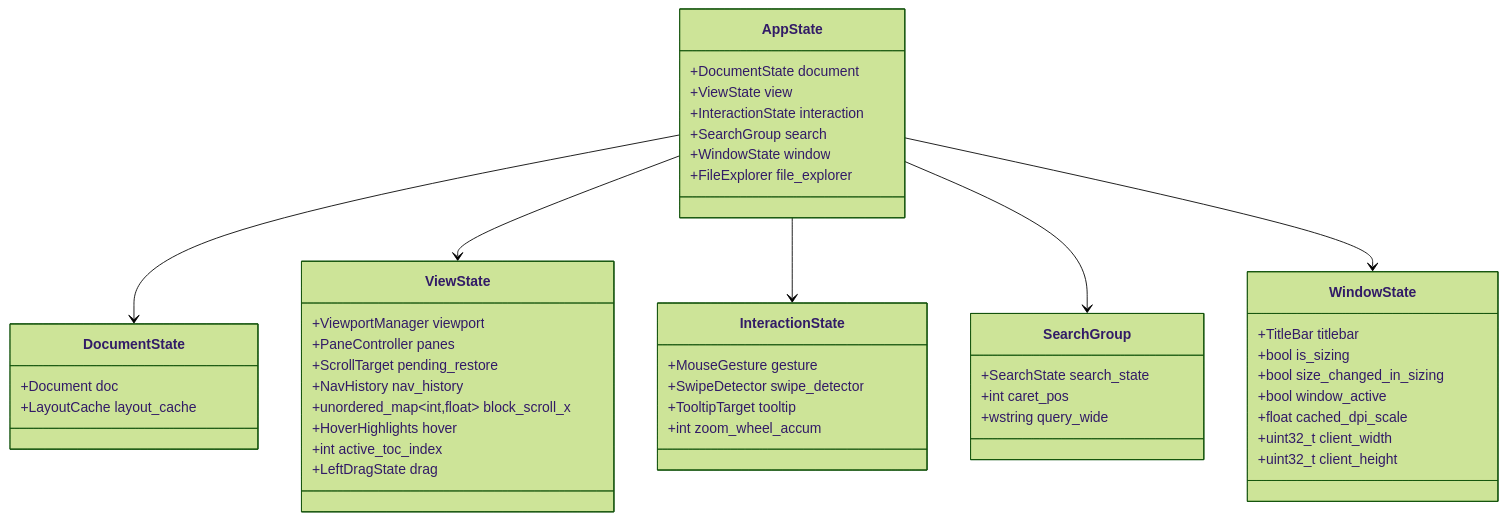
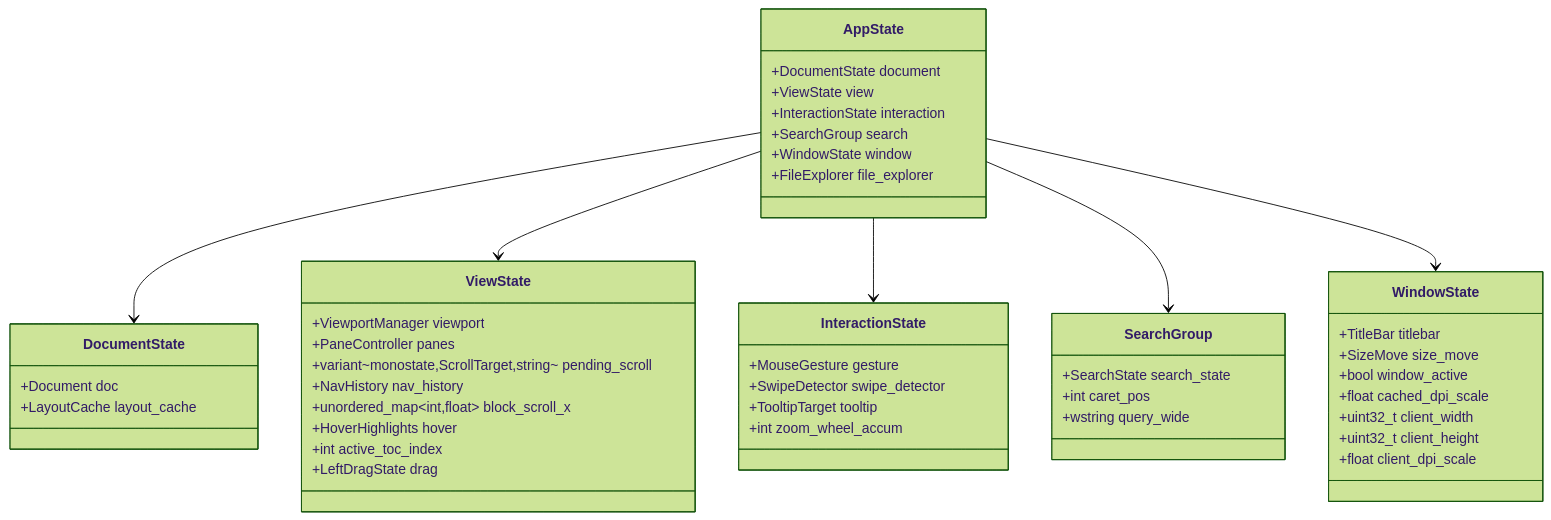
One commit to tanaton/mendo changed the fourth of 58 diagrams in example/test.md. Above: the diagram before and after it, drawn with Mermaid (forest theme). The commit also changed other lines of this file and 91 other files, not shown here.

````diff
--- a/example/test.md
+++ b/example/test.md
@@ -568,56 +602,56 @@
 ```mermaid
 classDiagram
     class AppState {
         +DocumentState document
         +ViewState view
         +InteractionState interaction
         +SearchGroup search
         +WindowState window
         +FileExplorer file_explorer
     }
 
     class DocumentState {
         +Document doc
         +LayoutCache layout_cache
     }
 
     class ViewState {
         +ViewportManager viewport
         +PaneController panes
-        +ScrollTarget pending_restore
+        +variant~monostate,ScrollTarget,string~ pending_scroll
         +NavHistory nav_history
         +unordered_map~int,float~ block_scroll_x
         +HoverHighlights hover
         +int active_toc_index
         +LeftDragState drag
     }
 
     class InteractionState {
         +MouseGesture gesture
         +SwipeDetector swipe_detector
         +TooltipTarget tooltip
         +int zoom_wheel_accum
     }
 
     class SearchGroup {
         +SearchState search_state
         +int caret_pos
         +wstring query_wide
     }
 
     class WindowState {
         +TitleBar titlebar
-        +bool is_sizing
-        +bool size_changed_in_sizing
+        +SizeMove size_move
         +bool window_active
         +float cached_dpi_scale
         +uint32_t client_width
         +uint32_t client_height
+        +float client_dpi_scale
     }
 
     AppState --> DocumentState
     AppState --> ViewState
     AppState --> InteractionState
     AppState --> SearchGroup
     AppState --> WindowState
 ```
````
